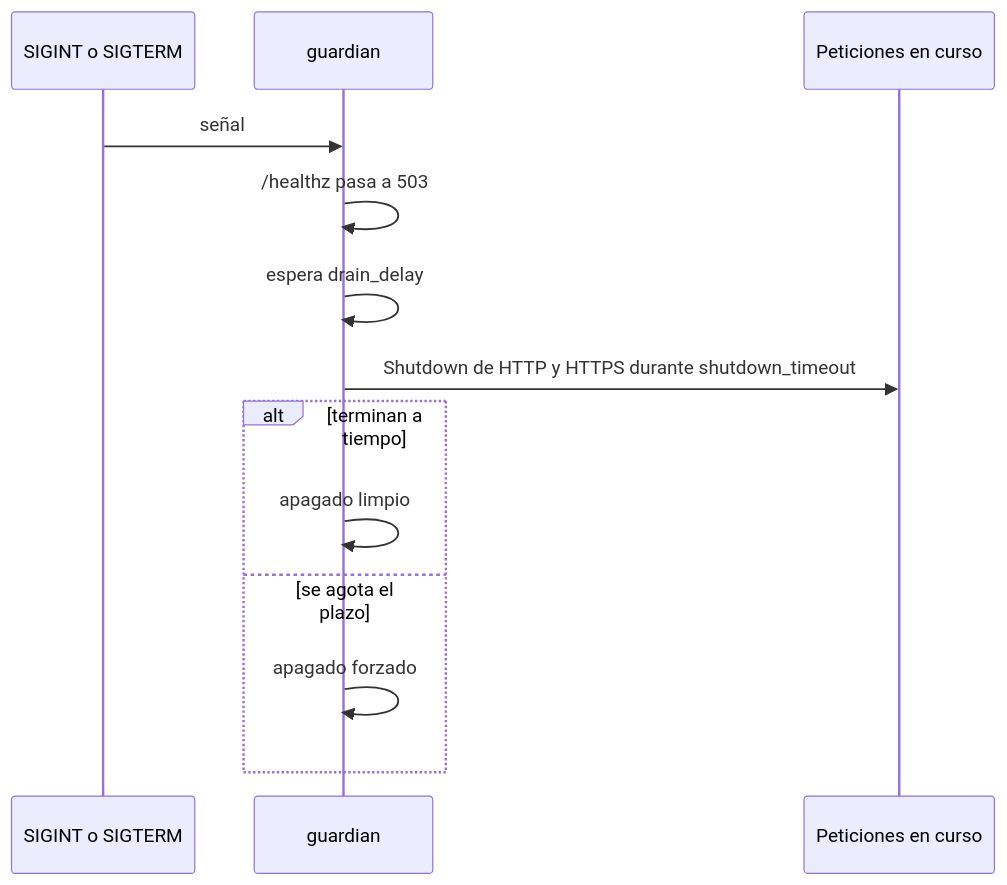
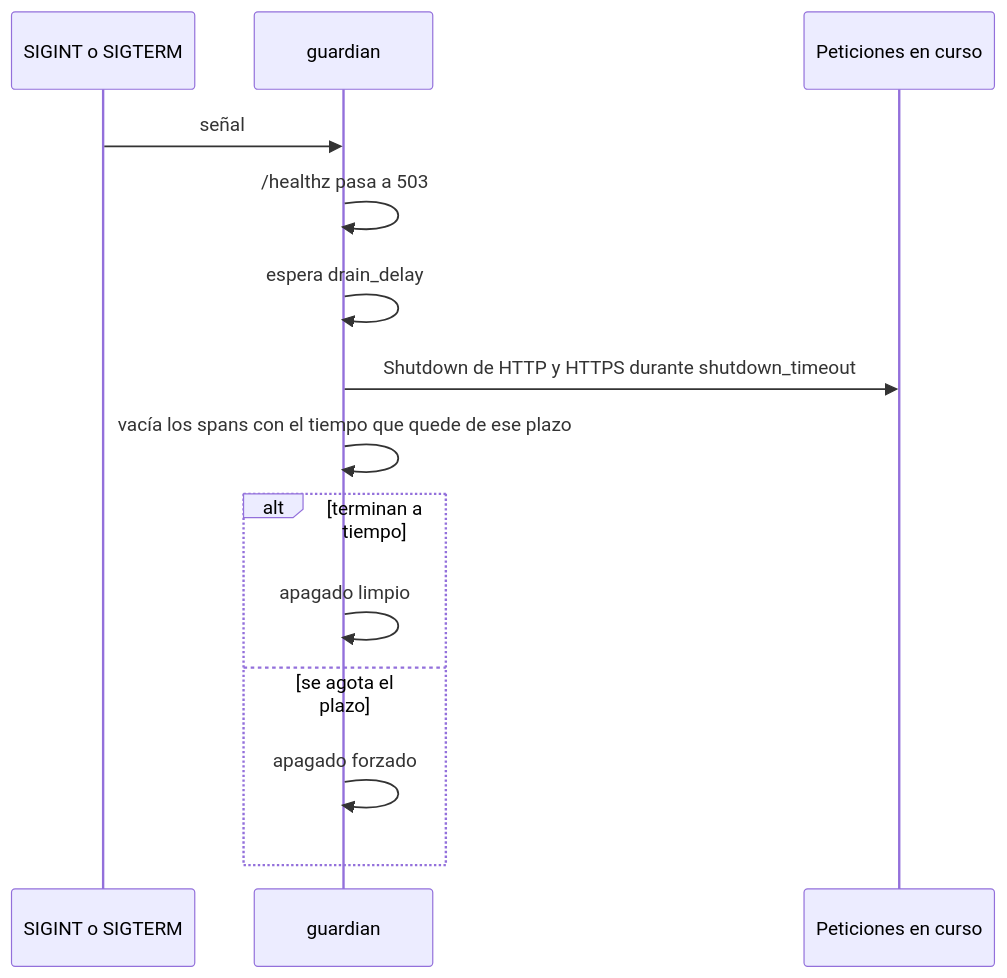
One commit to fharias/guardian-scrapy changed the ninth of 9 diagrams in README.md. Above: the diagram before and after it, drawn with Mermaid. The commit also changed other lines of this file, not shown here.

````diff
--- a/README.md
+++ b/README.md
@@ -426,16 +462,17 @@
 ```mermaid
 sequenceDiagram
   participant SO as SIGINT o SIGTERM
   participant G as guardian
   participant C as Peticiones en curso
 
   SO->>G: señal
   G->>G: /healthz pasa a 503
   G->>G: espera drain_delay
   G->>C: Shutdown de HTTP y HTTPS durante shutdown_timeout
+  G->>G: vacía los spans con el tiempo que quede de ese plazo
   alt terminan a tiempo
     G->>G: apagado limpio
   else se agota el plazo
     G->>G: apagado forzado
   end
 ```
````
